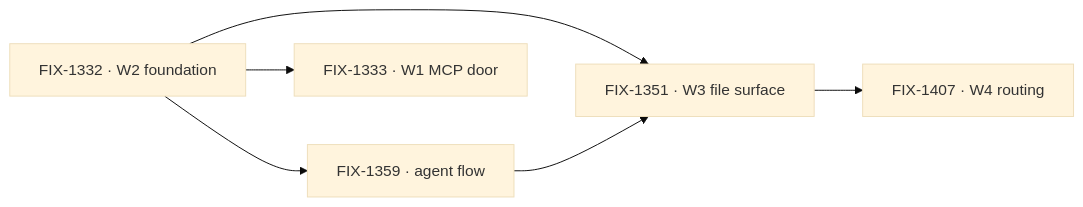
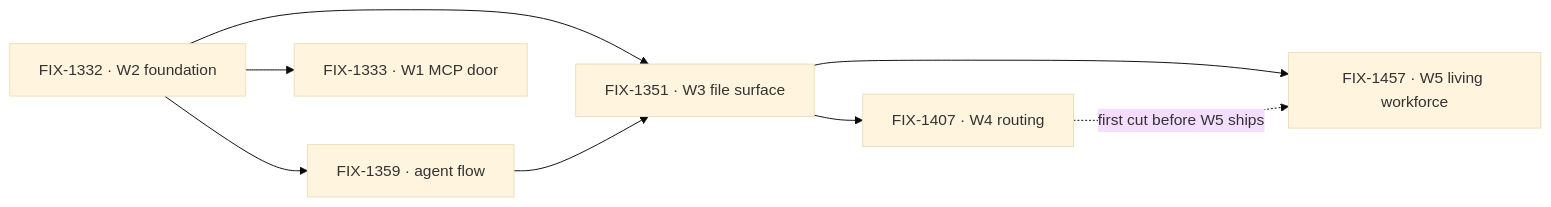
One commit to fixpoint-labs/flow-state-dev changed the diagram in spec/_projects/workforce-layer-2-abstraction/SPEC.md. Above: the diagram before and after it, drawn with Mermaid (base theme). The commit also changed other lines of this file and 2 other files, not shown here.

First line of the commit message:
project(workforce-layer-2-abstraction): W5 filed — six epics, status re-derived live

````diff
--- a/spec/_projects/workforce-layer-2-abstraction/SPEC.md
+++ b/spec/_projects/workforce-layer-2-abstraction/SPEC.md
@@ -66,8 +70,10 @@
 ```mermaid
 flowchart LR
   W2["FIX-1332 · W2 foundation"] --> AF["FIX-1359 · agent flow"]
   W2 --> W3["FIX-1351 · W3 file surface"]
   AF --> W3
   W3 --> W4["FIX-1407 · W4 routing"]
+  W3 --> W5["FIX-1457 · W5 living workforce"]
+  W4 -.->|"first cut before W5 ships"| W5
   W2 --> W1["FIX-1333 · W1 MCP door"]
 ```
````
